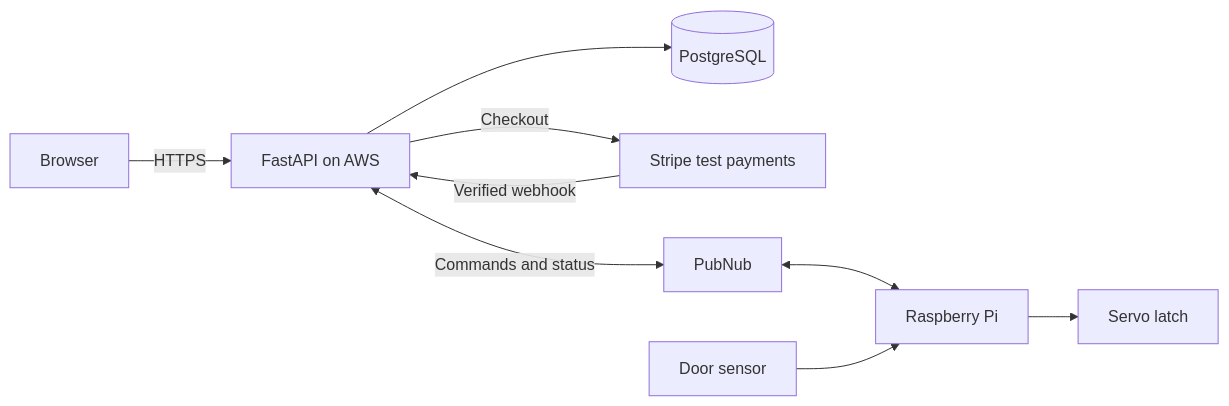
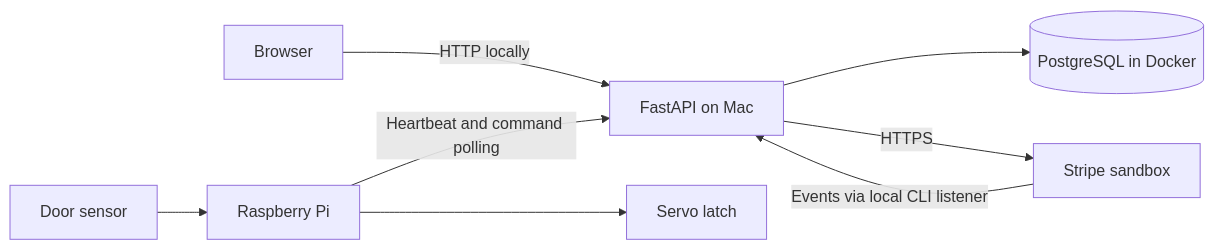
The diagram in README.md (nikitsya/PayBox), drawn with Mermaid before and after one commit. The commit also changed other lines of this file and 4 other files, not shown here.

````diff
--- a/README.md
+++ b/README.md
@@ -36,11 +35,10 @@
 ```mermaid
 flowchart LR
-    Browser -->|HTTPS| App[FastAPI on AWS]
-    App --> DB[(PostgreSQL)]
-    App -->|Checkout| Stripe[Stripe test payments]
-    Stripe -->|Verified webhook| App
-    App <-->|Commands and status| PubNub
-    PubNub <--> Pi[Raspberry Pi]
+    Browser -->|HTTP locally| App[FastAPI on Mac]
+    App --> DB[(PostgreSQL in Docker)]
+    App -->|HTTPS| Stripe[Stripe sandbox]
+    Stripe -->|Events via local CLI listener| App
+    Pi[Raspberry Pi] -->|Heartbeat and command polling| App
     Pi --> Latch[Servo latch]
     Sensor[Door sensor] --> Pi
 ```
````
